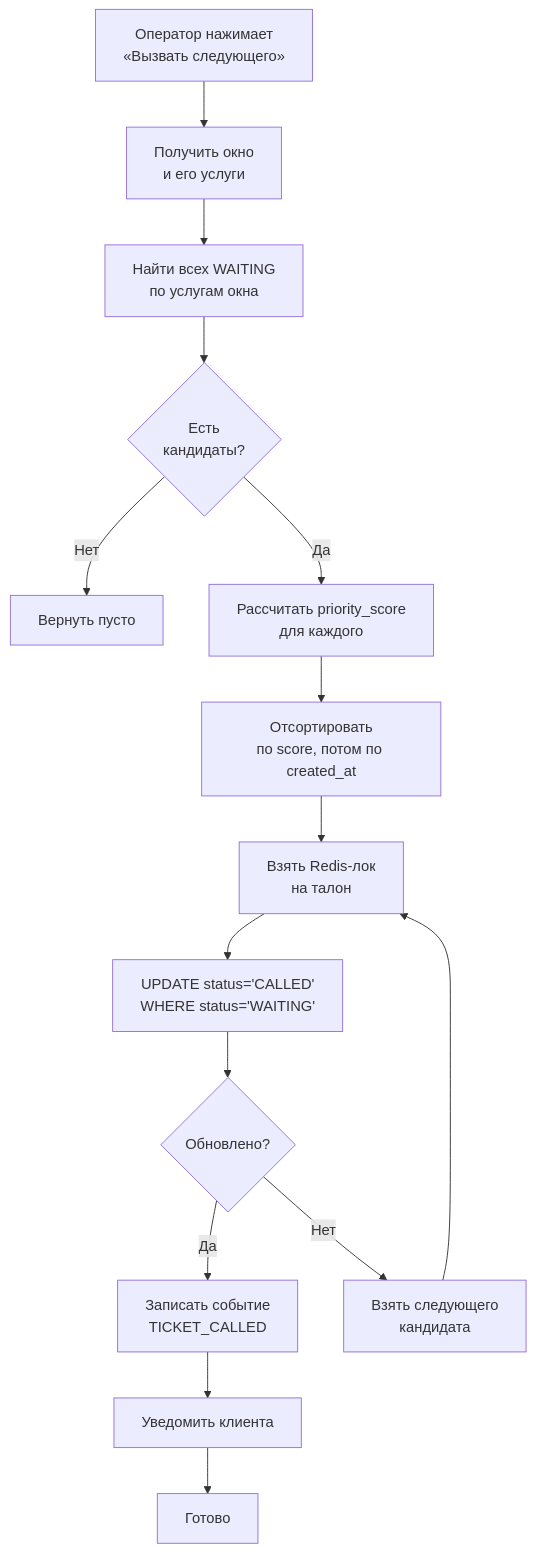
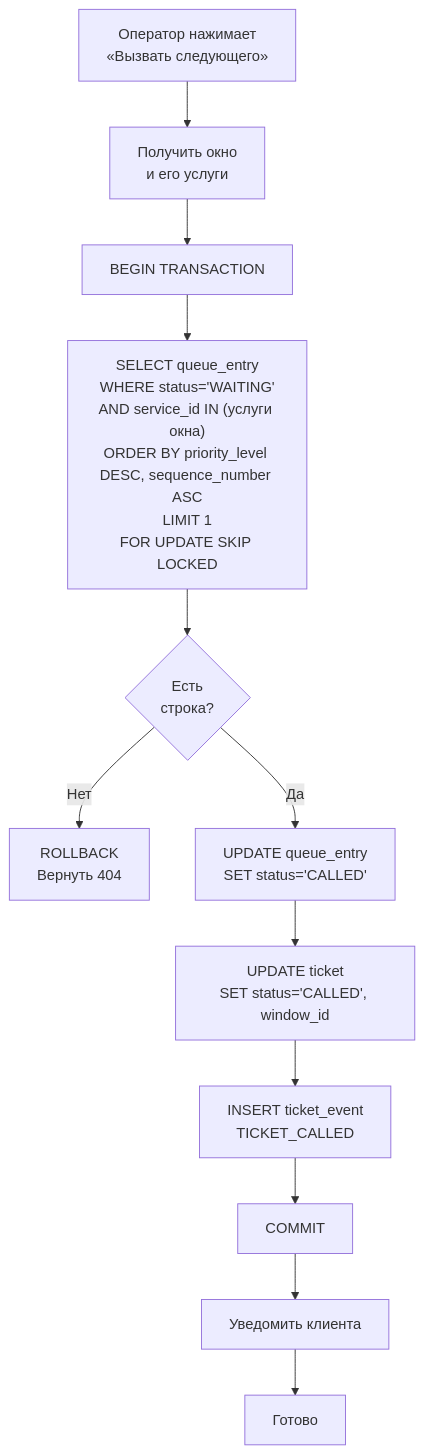
Before and after one commit to Rodion-NTQ-TEAM/tsifrovaya-ochere: the second of 6 diagrams in docs/priority-algorithm.md, drawn with Mermaid. The commit also changed other lines of this file, not shown here.

Commit message:
docs(priority): обновить алгоритм приоритетов

````diff
--- a/docs/priority-algorithm.md
+++ b/docs/priority-algorithm.md
@@ -35,17 +30,14 @@
 ```mermaid
 flowchart TD
     START["Оператор нажимает<br/>«Вызвать следующего»"] --> GET["Получить окно<br/>и его услуги"]
-    GET --> CAND["Найти всех WAITING<br/>по услугам окна"]
-    CAND --> EMPTY{"Есть<br/>кандидаты?"}
-    EMPTY -->|Нет| NONE["Вернуть пусто"]
-    EMPTY -->|Да| SCORE["Рассчитать priority_score<br/>для каждого"]
-    SCORE --> SORT["Отсортировать<br/>по score, потом по created_at"]
-    SORT --> LOCK["Взять Redis-лок<br/>на талон"]
-    LOCK --> UPDATE["UPDATE status='CALLED'<br/>WHERE status='WAITING'"]
-    UPDATE --> OK{"Обновлено?"}
-    OK -->|Да| LOG["Записать событие<br/>TICKET_CALLED"]
-    OK -->|Нет| NEXT["Взять следующего<br/>кандидата"]
-    NEXT --> LOCK
-    LOG --> NOTIFY["Уведомить клиента"]
+    GET --> TX["BEGIN TRANSACTION"]
+    TX --> SELECT["SELECT queue_entry<br/>WHERE status='WAITING'<br/>AND service_id IN (услуги окна)<br/>ORDER BY priority_level DESC, sequence_number ASC<br/>LIMIT 1<br/>FOR UPDATE SKIP LOCKED"]
+    SELECT --> EMPTY{"Есть<br/>строка?"}
+    EMPTY -->|Нет| ROLLBACK["ROLLBACK<br/>Вернуть 404"]
+    EMPTY -->|Да| UPDATE1["UPDATE queue_entry<br/>SET status='CALLED'"]
+    UPDATE1 --> UPDATE2["UPDATE ticket<br/>SET status='CALLED', window_id"]
+    UPDATE2 --> INSERT["INSERT ticket_event<br/>TICKET_CALLED"]
+    INSERT --> COMMIT["COMMIT"]
+    COMMIT --> NOTIFY["Уведомить клиента"]
     NOTIFY --> END["Готово"]
 ```
````
